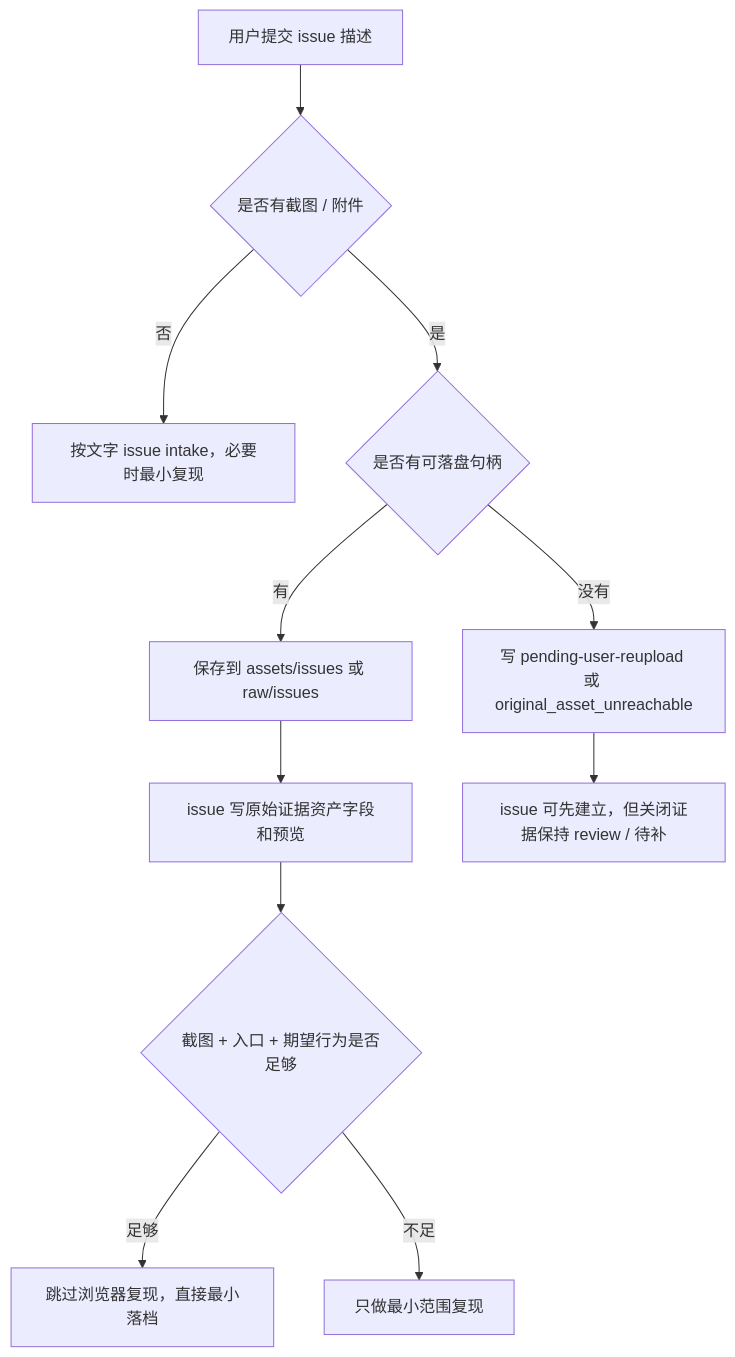
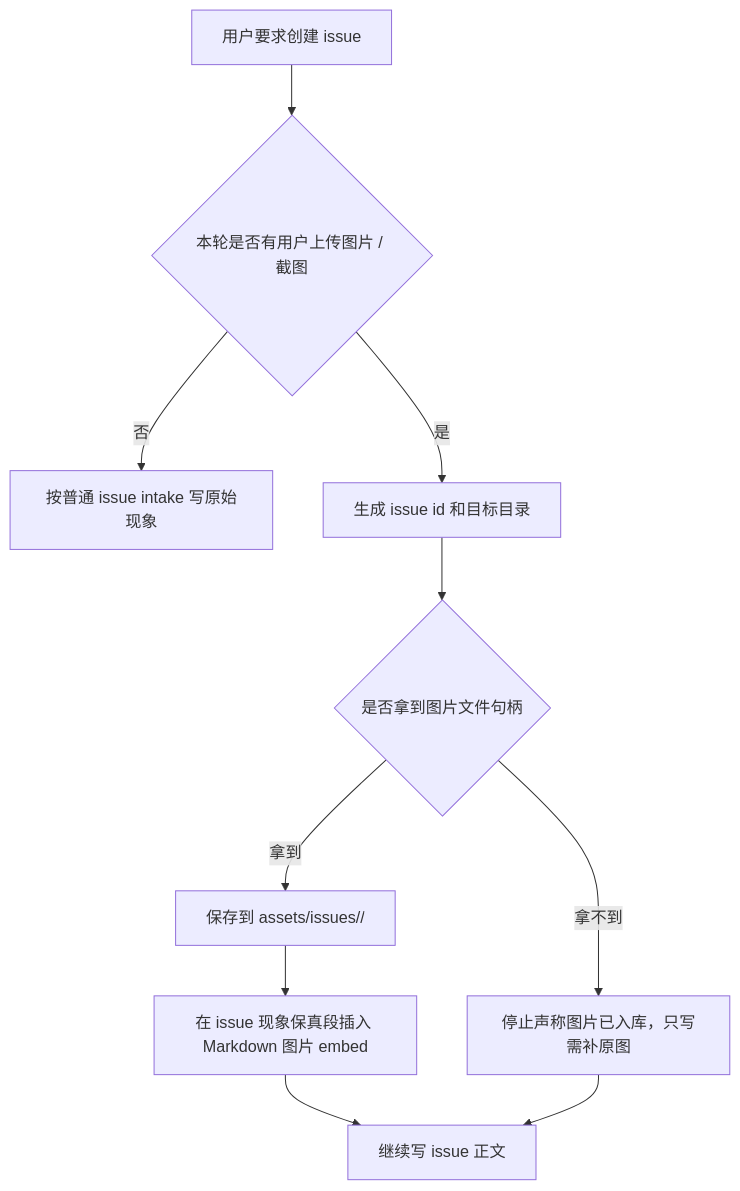
One commit to smartadpole/DocAgent changed the diagram in articles/2026-06-02-issue-original-evidence-asset-intake.md. Above: the diagram before and after it, drawn with Mermaid. The commit also changed other lines of this file and 2 other files, not shown here.

Commit message:
Clarify issue screenshot persistence failure

````diff
--- a/articles/2026-06-02-issue-original-evidence-asset-intake.md
+++ b/articles/2026-06-02-issue-original-evidence-asset-intake.md
@@ -140,13 +126,12 @@
 ```mermaid
 flowchart TD
-  A["用户提交 issue 描述"] --> B{"是否有截图 / 附件"}
-  B -- "否" --> C["按文字 issue intake，必要时最小复现"]
-  B -- "是" --> D{"是否有可落盘句柄"}
-  D -- "有" --> E["保存到 assets/issues 或 raw/issues"]
-  E --> F["issue 写原始证据资产字段和预览"]
-  D -- "没有" --> G["写 pending-user-reupload 或 original_asset_unreachable"]
-  G --> H["issue 可先建立，但关闭证据保持 review / 待补"]
-  F --> I{"截图 + 入口 + 期望行为是否足够"}
-  I -- "足够" --> J["跳过浏览器复现，直接最小落档"]
-  I -- "不足" --> K["只做最小范围复现"]
+  A["用户要求创建 issue"] --> B{"本轮是否有用户上传图片 / 截图"}
+  B -- "否" --> C["按普通 issue intake 写原始现象"]
+  B -- "是" --> D["生成 issue id 和目标目录"]
+  D --> E{"是否拿到图片文件句柄"}
+  E -- "拿到" --> F["保存到 assets/issues/<issue-id>/"]
+  F --> G["在 issue 现象保真段插入 Markdown 图片 embed"]
+  G --> H["继续写 issue 正文"]
+  E -- "拿不到" --> I["停止声称图片已入库，只写需补原图"]
+  I --> H
 ```
````
